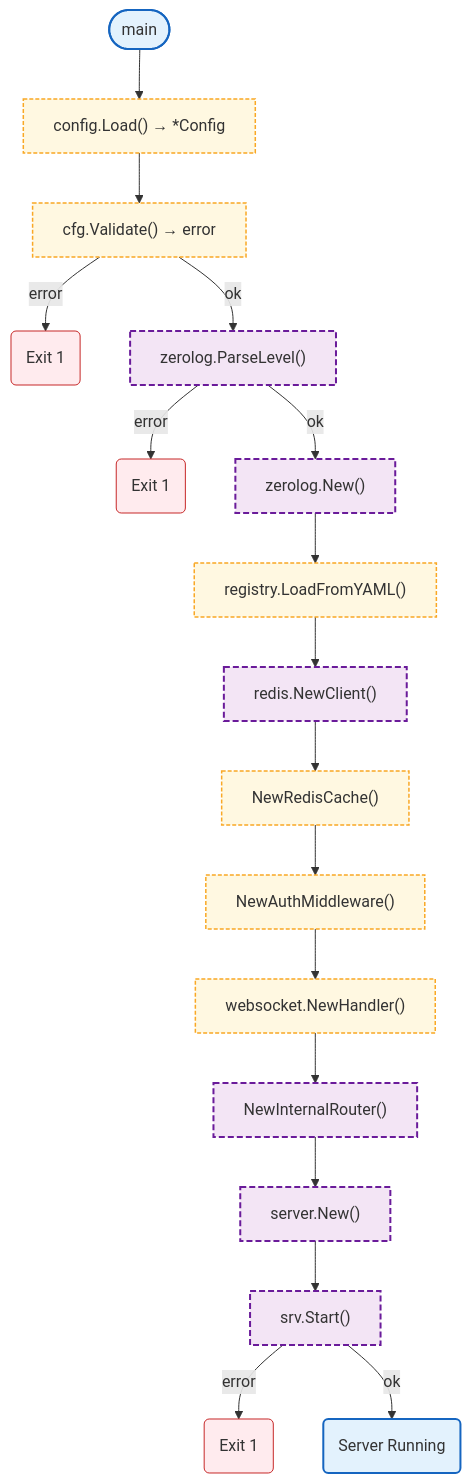
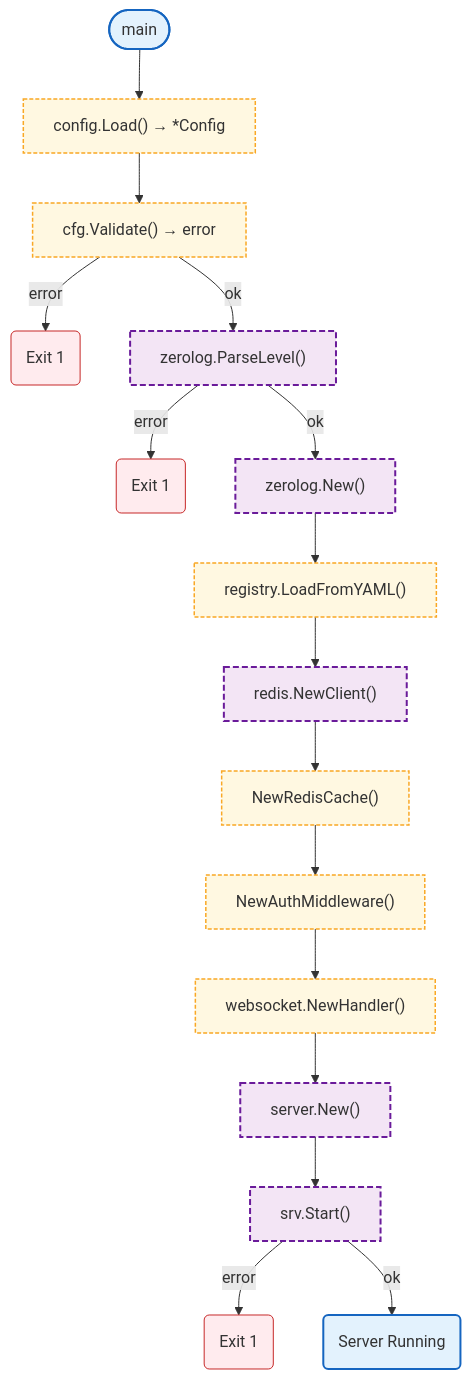
One commit to radch-ai/ava changed the diagram in docs/cmd/gateway.md. Above: the diagram before and after it, drawn with Mermaid. The commit also changed other lines of this file and 2 other files, not shown here.

Commit message:
docs: update for internal router removal
- Remove Internal Endpoints section from docs/README.md
- Remove cache invalidation flow (now handled via TTL)
- Update server.New() signature (4 args instead of 5)
- Update NewAuthMiddleware() signature (no secret param)
- Remove internal router references from flowcharts
- Remove internalRouter from Server struct docs
- Change "auth service" to "zetidal API"

Generated with [Claude Code](https://claude.ai/code)
via [Happy](https://happy.engineering)

````diff
--- a/docs/cmd/gateway.md
+++ b/docs/cmd/gateway.md
@@ -7,36 +7,35 @@
 ```mermaid
 flowchart TB
     Start([main]) --> LoadCfg["config.Load() → *Config"]
     LoadCfg --> ValidateCfg["cfg.Validate() → error"]
     ValidateCfg -->|error| Exit1("Exit 1")
     ValidateCfg -->|ok| ParseLevel["zerolog.ParseLevel()"]
     ParseLevel -->|error| Exit2("Exit 1")
     ParseLevel -->|ok| CreateLogger["zerolog.New()"]
     CreateLogger --> LoadModels["registry.LoadFromYAML()"]
     LoadModels --> InitRedis["redis.NewClient()"]
     InitRedis --> CreateCache["NewRedisCache()"]
     CreateCache --> CreateAuthMW["NewAuthMiddleware()"]
     CreateAuthMW --> CreateWS["websocket.NewHandler()"]
-    CreateWS --> CreateInternal["NewInternalRouter()"]
-    CreateInternal --> CreateServer["server.New()"]
+    CreateWS --> CreateServer["server.New()"]
     CreateServer --> StartServer["srv.Start()"]
     StartServer -->|error| Exit3("Exit 1")
     StartServer -->|ok| Running("Server Running")
 
     click LoadCfg href "../config/README.md"
     click ValidateCfg href "../config/README.md"
     click LoadModels href "../internal/llm-proxy/models.md"
     click CreateCache href "../internal/server/README.md"
     click CreateAuthMW href "../internal/server/README.md"
     click CreateWS href "../internal/websocket.md"
 
     classDef mainFn fill:#e3f2fd,stroke:#1565c0,stroke-width:2px
     classDef internalFn fill:#f3e5f5,stroke:#6a1b9a,stroke-width:2px,stroke-dasharray:6 3
     classDef localPkgs fill:#fff8e1,stroke:#f9a825,stroke-width:1.5px,stroke-dasharray:4 2
     classDef errorFlow fill:#ffebee,stroke:#c62828,stroke-width:1px
 
     class Start,Running mainFn
     class Exit1,Exit2,Exit3 errorFlow
     class LoadCfg,ValidateCfg,LoadModels,CreateCache,CreateAuthMW,CreateWS localPkgs
-    class ParseLevel,CreateLogger,InitRedis,CreateInternal,CreateServer,StartServer internalFn
+    class ParseLevel,CreateLogger,InitRedis,CreateServer,StartServer internalFn
 ```
````
